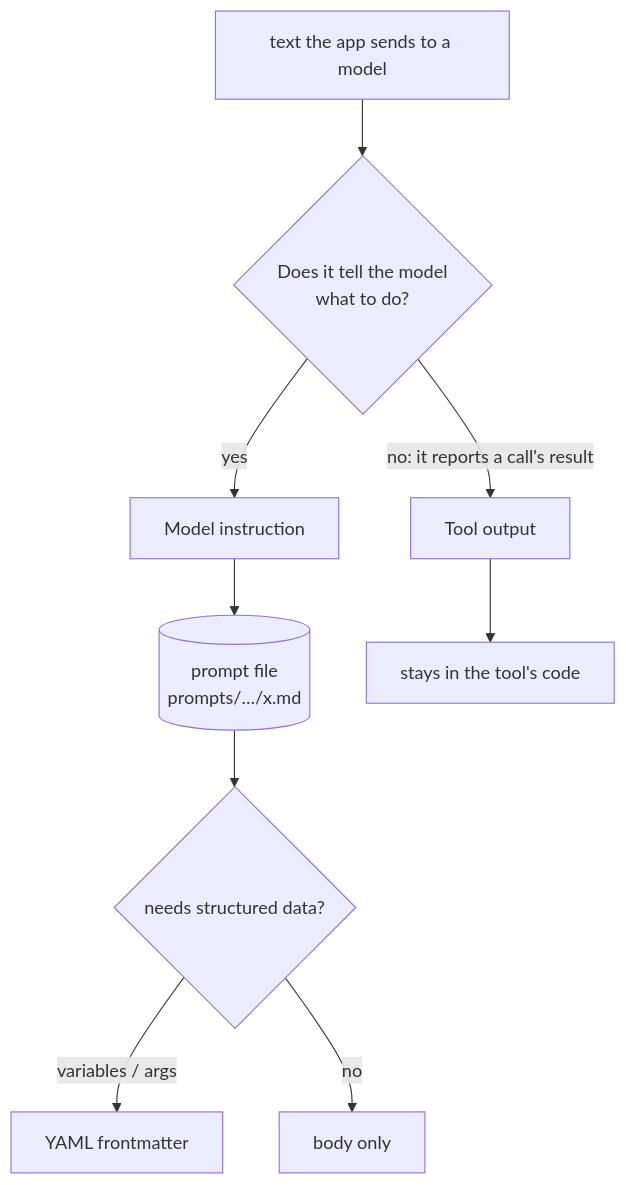
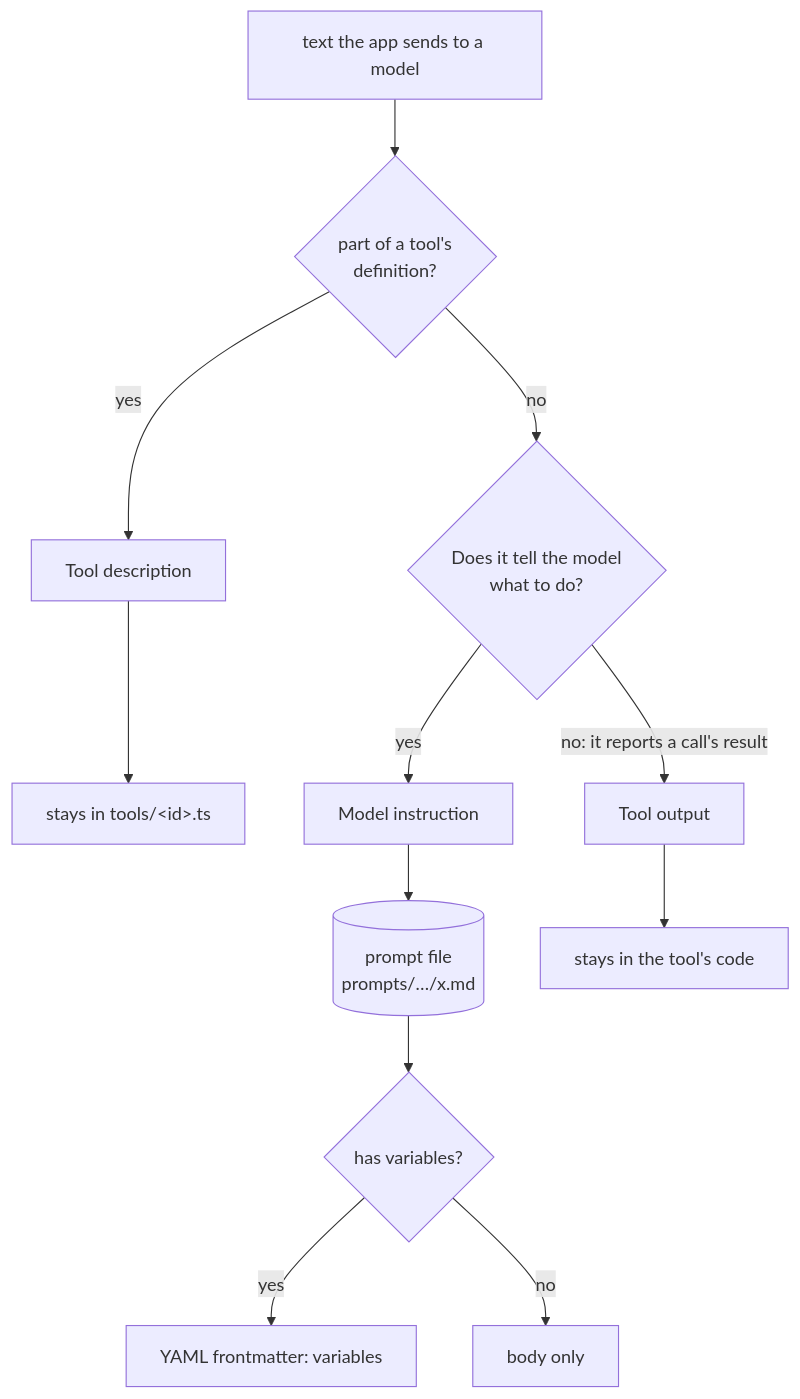
The first of 2 diagrams in specs/changes/prompts-as-md-files/domain.md (tillg/karpathy.app), drawn with Mermaid before and after one commit. The commit also changed other lines of this file and 27 other files, not shown here.

````diff
--- a/specs/changes/prompts-as-md-files/domain.md
+++ b/specs/changes/prompts-as-md-files/domain.md
@@ -32,9 +33,11 @@
 ```mermaid
 flowchart TD
-  T[text the app sends to a model] --> Q{Does it tell the model<br/>what to do?}
+  T[text the app sends to a model] --> D{part of a tool's<br/>definition?}
+  D -- yes --> TD[Tool description] --> TC[stays in tools/&lt;id&gt;.ts]
+  D -- no --> Q{Does it tell the model<br/>what to do?}
   Q -- yes --> MI[Model instruction] --> PF[(prompt file<br/>prompts/…/x.md)]
   Q -- "no: it reports a call's result" --> TO[Tool output] --> C[stays in the tool's code]
-  PF --> FM{needs structured data?}
-  FM -- variables / args --> Y[YAML frontmatter]
+  PF --> FM{has variables?}
+  FM -- yes --> Y["YAML frontmatter: variables"]
   FM -- no --> N[body only]
 ```
````
